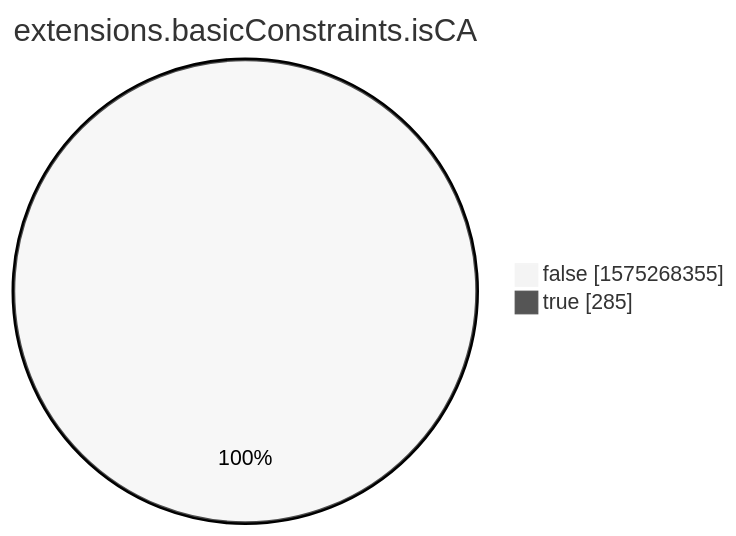
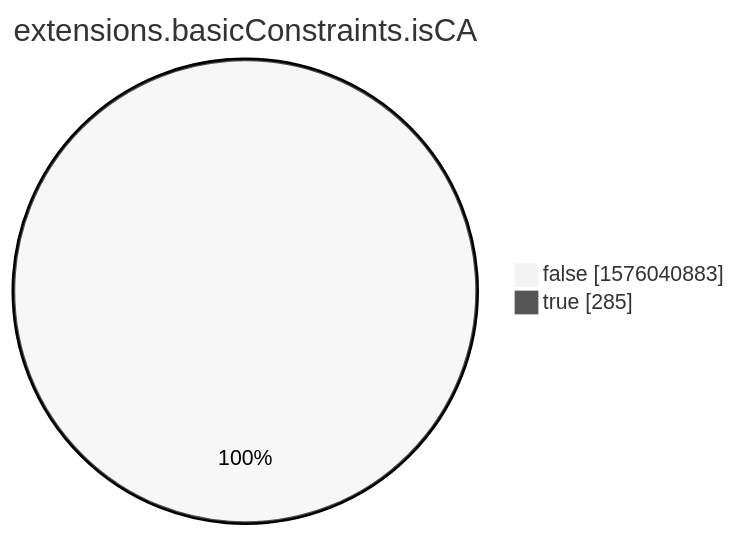
The eighth of 15 diagrams in xenon2022/README.md (christiankrug/ctmonitor_visualization), drawn with Mermaid (neutral theme) before and after one commit. The commit also changed other lines of this file, not shown here.

````diff
--- a/xenon2022/README.md
+++ b/xenon2022/README.md
@@ -2861,6 +2861,6 @@
 ```mermaid
 pie showData
 title extensions.basicConstraints.isCA
-"false" :1575268355
+"false" :1576040883
 "true" :285
 ```
````
